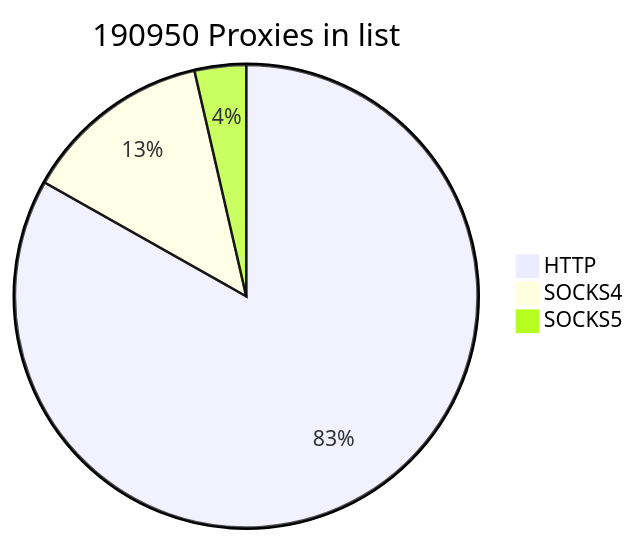
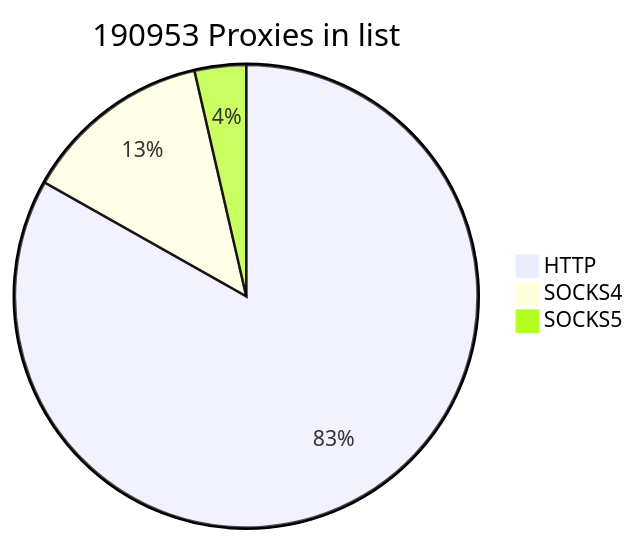
The first of 2 diagrams in README.md (cutipu/proxylist), drawn with Mermaid before and after one commit. The commit also changed other lines of this file, not shown here.

````diff
--- a/README.md
+++ b/README.md
@@ -2,7 +2,7 @@
 ```mermaid
-pie title 190950 Proxies in list
-    "HTTP" : 158825
+pie title 190953 Proxies in list
+    "HTTP" : 158828
     "SOCKS4" : 25262
     "SOCKS5" : 6863
             
 ```
````
